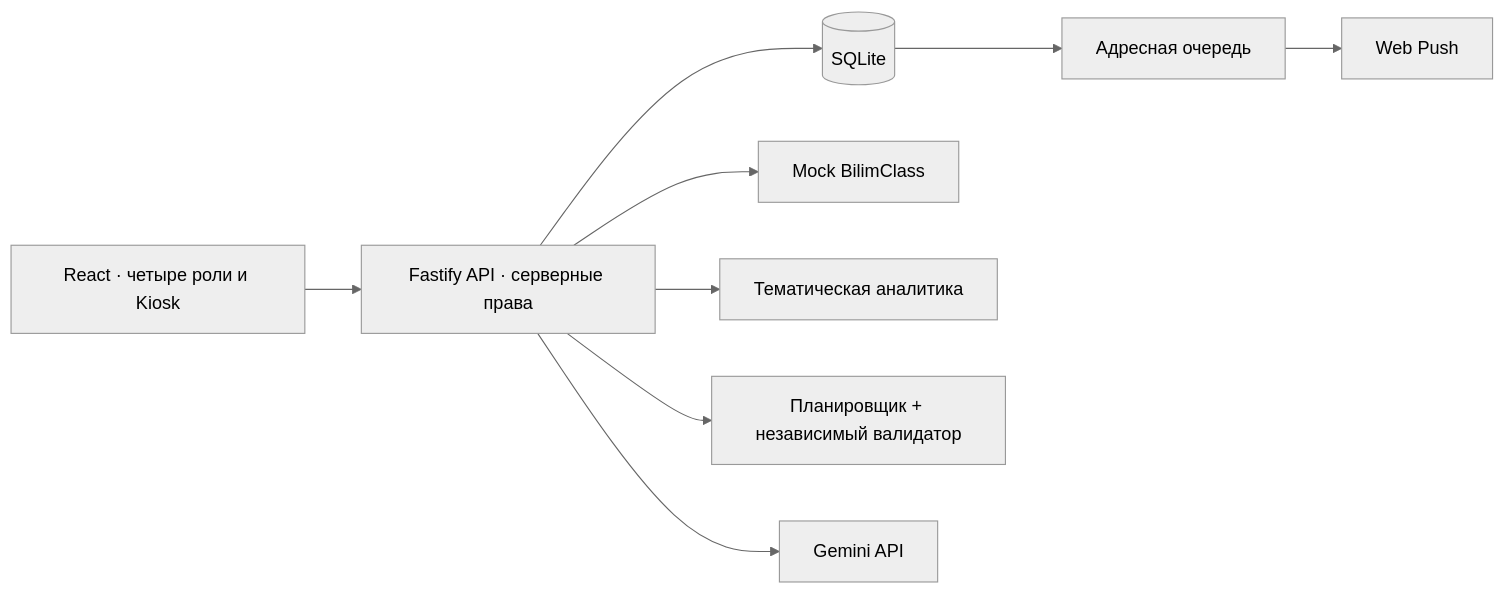
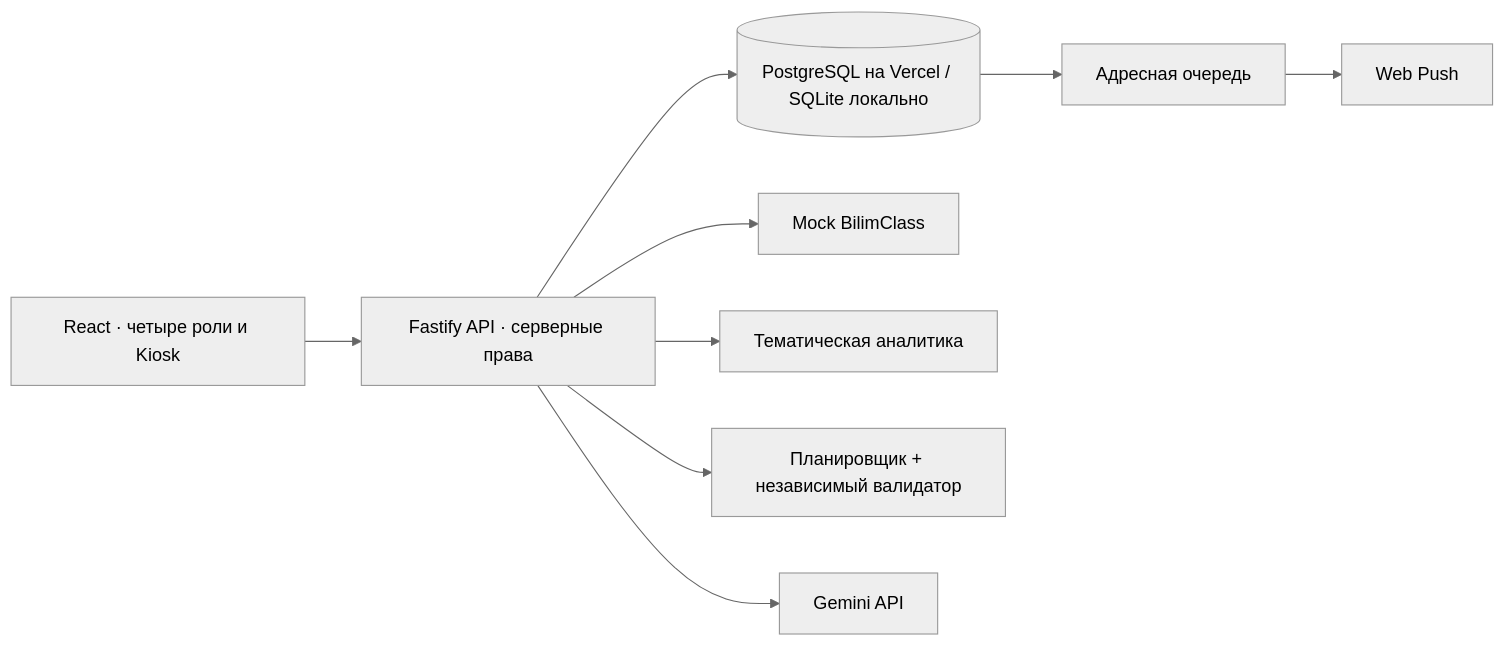
One commit to Taveer09/aqbobek-pulse changed the diagram in README.md. Above: the diagram before and after it, drawn with Mermaid (neutral theme). The commit also changed other lines of this file and 19 other files, not shown here.

````diff
--- a/README.md
+++ b/README.md
@@ -105,11 +106,11 @@
 ```mermaid
 flowchart LR
     UI[React · четыре роли и Kiosk] --> API[Fastify API · серверные права]
-    API --> DB[(SQLite)]
+    API --> DB[(PostgreSQL на Vercel / SQLite локально)]
     API --> MOCK[Mock BilimClass]
     API --> ANALYTICS[Тематическая аналитика]
     API --> SOLVER[Планировщик + независимый валидатор]
     API --> AI[Gemini API]
     DB --> OUTBOX[Адресная очередь]
     OUTBOX --> PUSH[Web Push]
 ```
````
